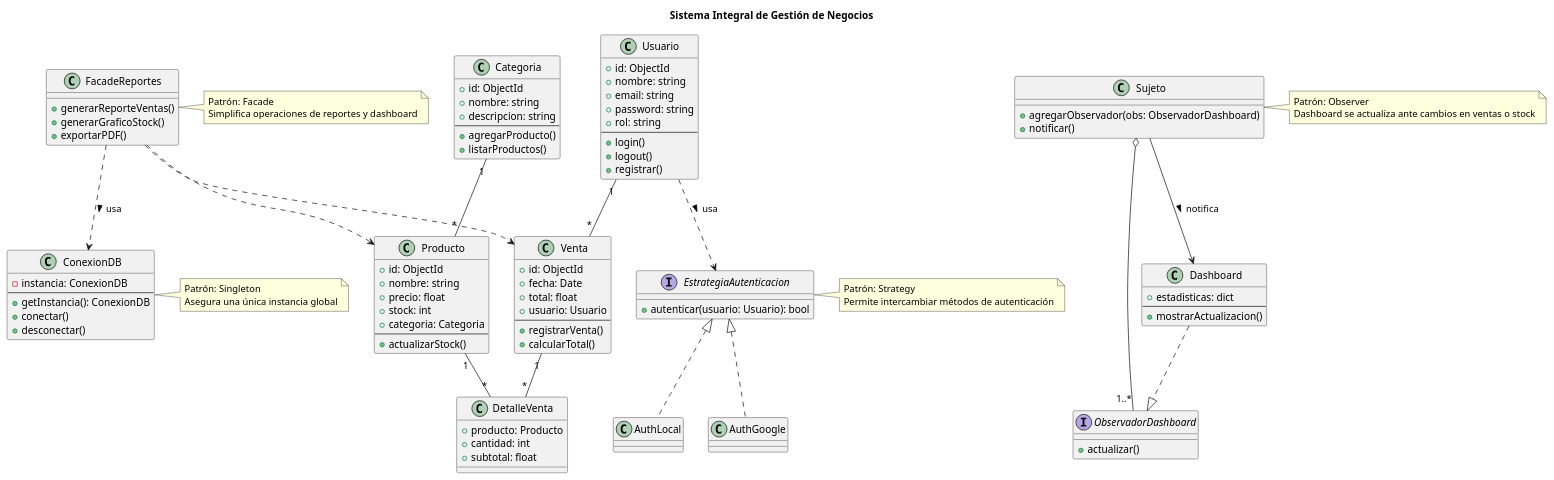
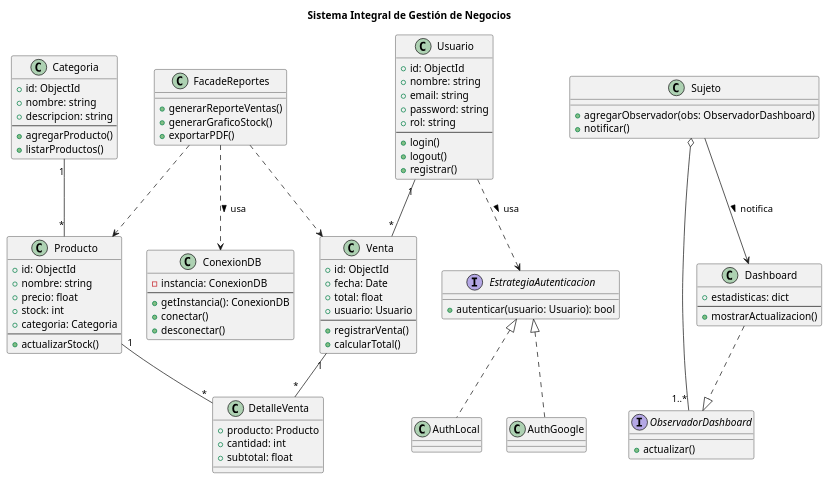
One commit to castellarosantiago/ProyectoFinalTUPBackend changed the diagram in docs/ProyectoUML.puml. Above: the diagram before and after it, drawn with PlantUML. The commit also changed 1 other file, not shown here.

Commit message:
Actualización UML

```diff
--- a/docs/ProyectoUML.puml
+++ b/docs/ProyectoUML.puml
@@ -1,140 +1,124 @@
 @startuml
 title Sistema Integral de Gestión de Negocios
 
 ' =============================
 ' CLASES PRINCIPALES
 ' =============================
 
 class Usuario {
   +id: ObjectId
   +nombre: string
   +email: string
   +password: string
   +rol: string
   --
   +login()
   +logout()
   +registrar()
 }
 
 class Categoria {
   +id: ObjectId
   +nombre: string
   +descripcion: string
   --
   +agregarProducto()
   +listarProductos()
 }
 
 class Producto {
   +id: ObjectId
   +nombre: string
   +precio: float
   +stock: int
   +categoria: Categoria
   --
   +actualizarStock()
 }
 
 class Venta {
   +id: ObjectId
   +fecha: Date
   +total: float
   +usuario: Usuario
   --
   +registrarVenta()
   +calcularTotal()
 }
 
 class DetalleVenta {
   +producto: Producto
   +cantidad: int
   +subtotal: float
 }
 
 ' =============================
 ' RELACIONES PRINCIPALES
 ' =============================
 Usuario "1" -- "*" Venta
 Venta "1" -- "*" DetalleVenta
 Producto "1" -- "*" DetalleVenta
 Categoria "1" -- "*" Producto
 
 ' =============================
 ' SINGLETON
 ' =============================
 class ConexionDB {
   -instancia: ConexionDB
   --
   +getInstancia(): ConexionDB
   +conectar()
   +desconectar()
 }
-note right of ConexionDB
-  Patrón: Singleton
-  Asegura una única instancia global
-end note
+
 
 ' =============================
 ' FACADE
 ' =============================
 class FacadeReportes {
   +generarReporteVentas()
   +generarGraficoStock()
   +exportarPDF()
 }
 FacadeReportes ..> ConexionDB : usa >
 FacadeReportes ..> Venta
 FacadeReportes ..> Producto
-note right of FacadeReportes
-  Patrón: Facade
-  Simplifica operaciones de reportes y dashboard
-end note
+
 
 ' =============================
 ' STRATEGY
 ' =============================
 interface EstrategiaAutenticacion {
   +autenticar(usuario: Usuario): bool
 }
 
 class AuthLocal
 class AuthGoogle
 
 EstrategiaAutenticacion <|.. AuthLocal
 EstrategiaAutenticacion <|.. AuthGoogle
 Usuario ..> EstrategiaAutenticacion : usa >
 
-note right of EstrategiaAutenticacion
-  Patrón: Strategy
-  Permite intercambiar métodos de autenticación
-end note
 
 ' =============================
 ' OBSERVER
 ' =============================
 interface ObservadorDashboard {
   +actualizar()
 }
 
 class Sujeto {
   +agregarObservador(obs: ObservadorDashboard)
   +notificar()
 }
 
 class Dashboard {
   +estadisticas: dict
   --
   +mostrarActualizacion()
 }
 
 Sujeto o-- "1..*" ObservadorDashboard
 Dashboard ..|> ObservadorDashboard
 Sujeto --> Dashboard : notifica >
-
-note right of Sujeto
-  Patrón: Observer
-  Dashboard se actualiza ante cambios en ventas o stock
-end note
-
 @enduml
```
